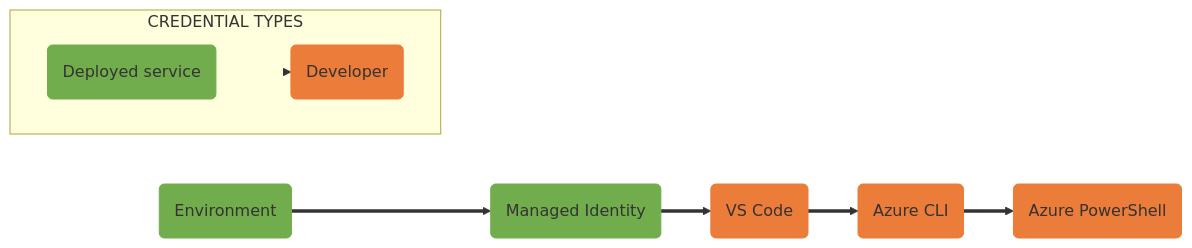
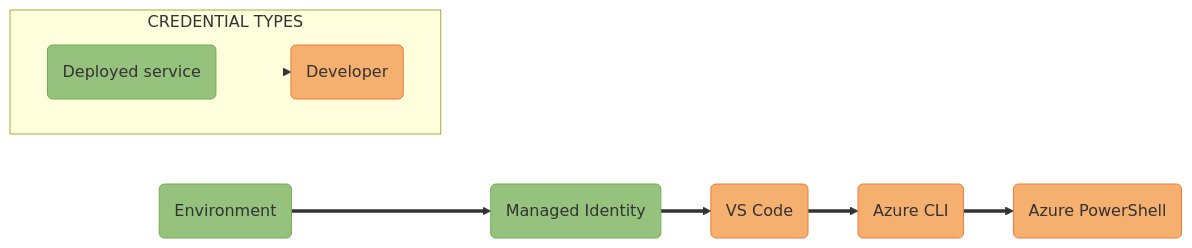
Before and after one commit to Azure/azure-sdk-for-js: the diagram in sdk/identity/identity/images/mermaidjs/DefaultAzureCredentialAuthFlow.md, drawn with Mermaid. The commit also changed 1 other file, not shown here.

Commit message:
Adjusting contrast

````diff
--- a/sdk/identity/identity/images/mermaidjs/DefaultAzureCredentialAuthFlow.md
+++ b/sdk/identity/identity/images/mermaidjs/DefaultAzureCredentialAuthFlow.md
@@ -1,28 +1,28 @@
 ```mermaid
 %% STEPS TO GENERATE IMAGE
 %% =======================
 %% 1. Install mermaid CLI (see https://github.com/mermaid-js/mermaid-cli/blob/master/README.md)
 %% 2. Run command: mmdc -i DefaultAzureCredentialAuthFlow.md -o DefaultAzureCredentialAuthFlow.svg
 
 flowchart LR;
     A(Environment):::deployed ==> B(Managed Identity):::deployed ==> C(VS Code):::developer ==> D(Azure CLI):::developer ==> E(Azure PowerShell):::developer;
 
     subgraph CREDENTIAL TYPES;
         direction LR;
         Deployed(Deployed service):::deployed ==> Developer(Developer):::developer;
 
         %% Hide links between boxes in the legend by setting width to 0. The integers after "linkStyle" represent link indices.
         linkStyle 4 stroke-width:0px;
     end;
 
     %% Define styles for credential type boxes
-    classDef deployed fill:#71AD4C, stroke:#71AD4C;
-    classDef developer fill:#EB7C39, stroke:#EB7C39;
+    classDef deployed fill:#95C37E, stroke:#71AD4C;
+    classDef developer fill:#F5AF6F, stroke:#EB7C39;
 
     %% Add API ref links to credential type boxes
     click A "https://docs.microsoft.com/javascript/api/@azure/identity/environmentcredential?view=azure-node-latest" _blank;
     click B "https://docs.microsoft.com/javascript/api/@azure/identity/managedidentitycredential?view=azure-node-latest" _blank;
     click C "https://docs.microsoft.com/javascript/api/@azure/identity/visualstudiocodecredential?view=azure-node-latest" _blank;
     click D "https://docs.microsoft.com/javascript/api/@azure/identity/azureclicredential?view=azure-node-latest" _blank;
     click E "https://docs.microsoft.com/javascript/api/@azure/identity/azurepowershellcredential?view=azure-node-latest" _blank;
 ```
````
